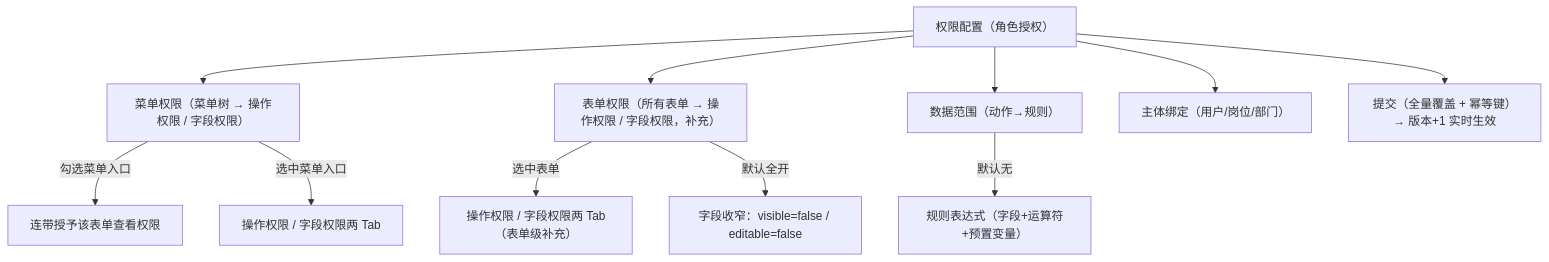
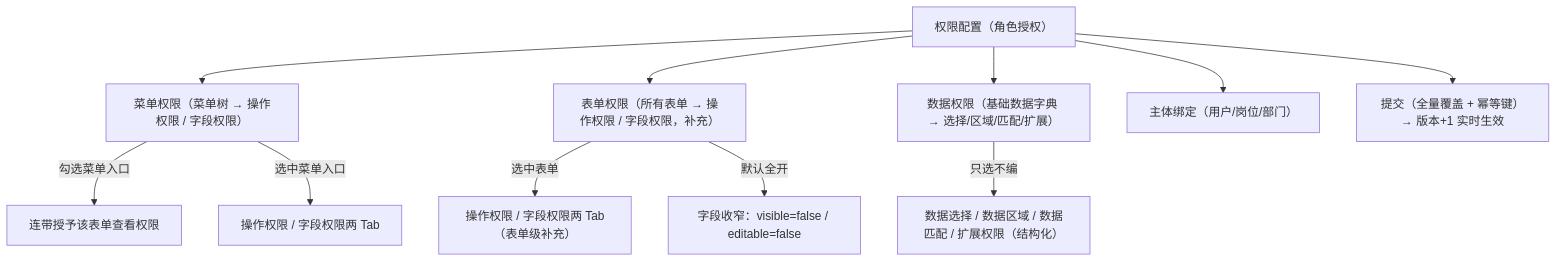
The diagram in bms文档/设计/组件设计/08_交互类/07_组件设计_权限配置/07_组件设计_权限配置.md (minjian123/basic-management-system), drawn with Mermaid before and after one commit. The commit also changed other lines of this file and 9 other files, not shown here.

````diff
--- a/bms文档/设计/组件设计/08_交互类/07_组件设计_权限配置/07_组件设计_权限配置.md
+++ b/bms文档/设计/组件设计/08_交互类/07_组件设计_权限配置/07_组件设计_权限配置.md
@@ -35,13 +36,13 @@
 ```mermaid
 flowchart TD
     PC["权限配置（角色授权）"] --> T1["菜单权限（菜单树 → 操作权限 / 字段权限）"]
     PC --> T2["表单权限（所有表单 → 操作权限 / 字段权限，补充）"]
-    PC --> T3["数据范围（动作→规则）"]
+    PC --> T3["数据权限（基础数据字典 → 选择/区域/匹配/扩展）"]
     PC --> T4["主体绑定（用户/岗位/部门）"]
     T1 -->|勾选菜单入口| V["连带授予该表单查看权限"]
     T1 -->|选中菜单入口| MENU1["操作权限 / 字段权限两 Tab"]
     T2 -->|选中表单| FORM1["操作权限 / 字段权限两 Tab（表单级补充）"]
     T2 -->|默认全开| C["字段收窄：visible=false / editable=false"]
-    T3 -->|默认无| DS["规则表达式（字段+运算符+预置变量）"]
+    T3 -->|只选不编| DS["数据选择 / 数据区域 / 数据匹配 / 扩展权限（结构化）"]
     PC --> SV["提交（全量覆盖 + 幂等键）→ 版本+1 实时生效"]
 ```
````
